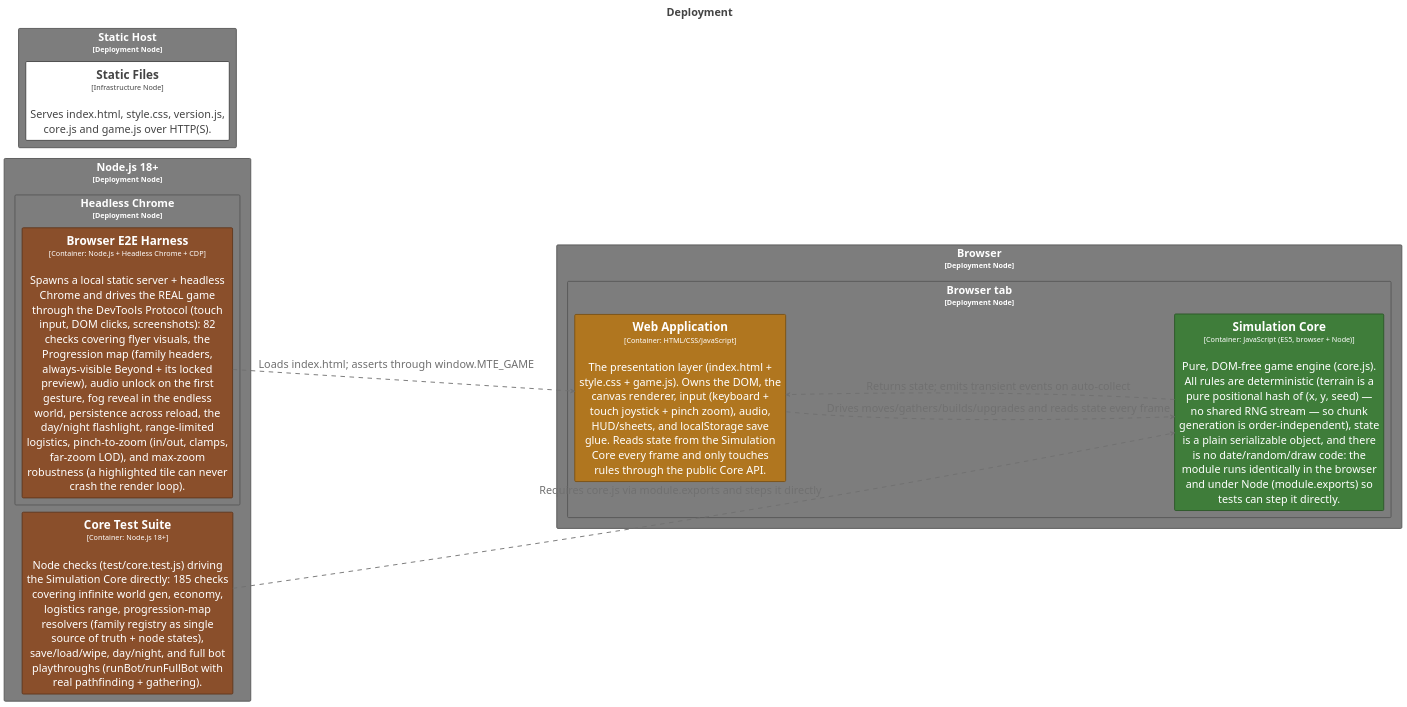
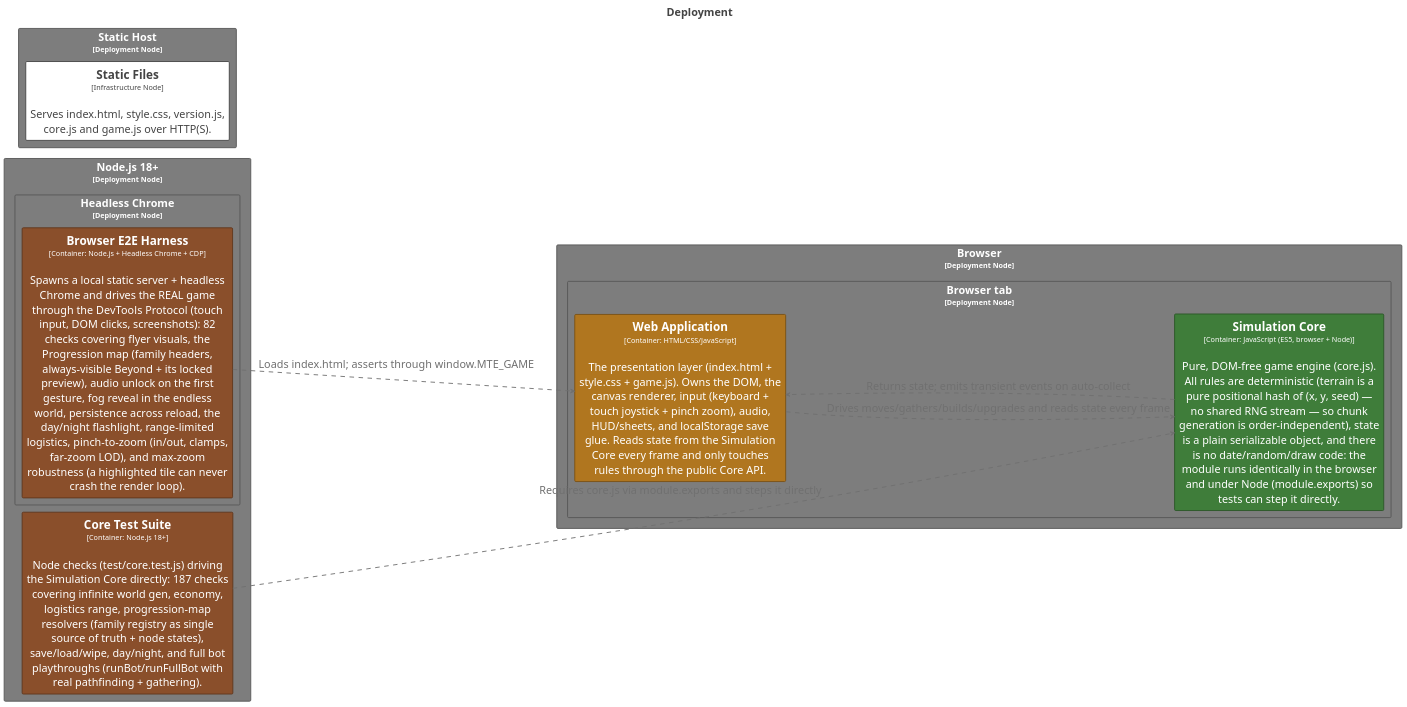
The diagram in structurizr/diagrams/Deployment.puml (bitkojine/more-than-enough), drawn with PlantUML before and after one commit. The commit also changed 7 other files, not shown here.

```diff
--- a/structurizr/diagrams/Deployment.puml
+++ b/structurizr/diagrams/Deployment.puml
@@ -2,110 +2,110 @@
 @startuml
 title <size:24>Deployment</size>
 
 set separator none
 left to right direction
 skinparam ranksep 20
 skinparam nodesep 5
 hide stereotype
 
 <style>
   root {
     BackgroundColor: #ffffff;
     FontColor: #444444;
   }
   // Element
   .Element-RWxlbWVudA== {
     BackgroundColor: #ffffff;
     LineColor: #444444;
     LineStyle: 0;
     LineThickness: 2;
     FontColor: #444444;
     FontSize: 24;
     HorizontalAlignment: center;
     Shadowing: 0;
     MaximumWidth: 450;
   }
   // Element,Container,Core Engine
   .Element-RWxlbWVudCxDb250YWluZXIsQ29yZSBFbmdpbmU= {
     BackgroundColor: #3f7d3a;
     LineColor: #2c5728;
     LineStyle: 0;
     LineThickness: 2;
     FontColor: #ffffff;
     FontSize: 24;
     HorizontalAlignment: center;
     Shadowing: 0;
     MaximumWidth: 450;
   }
   // Element,Container,Presentation
   .Element-RWxlbWVudCxDb250YWluZXIsUHJlc2VudGF0aW9u {
     BackgroundColor: #b0761f;
     LineColor: #7b5215;
     LineStyle: 0;
     LineThickness: 2;
     FontColor: #ffffff;
     FontSize: 24;
     HorizontalAlignment: center;
     Shadowing: 0;
     MaximumWidth: 450;
   }
   // Element,Container,Tooling,Test
   .Element-RWxlbWVudCxDb250YWluZXIsVG9vbGluZyxUZXN0 {
     BackgroundColor: #8a4f2b;
     LineColor: #60371e;
     LineStyle: 0;
     LineThickness: 2;
     FontColor: #ffffff;
     FontSize: 24;
     HorizontalAlignment: center;
     Shadowing: 0;
     MaximumWidth: 450;
   }
   // Relationship
   .Relationship-UmVsYXRpb25zaGlw {
     LineThickness: 2;
     LineStyle: 10-10;
     LineColor: #707070;
     FontColor: #707070;
     FontSize: 24;
     MaximumWidth: 200;
   }
   // Element,Deployment Node
   .DeploymentNode-RWxlbWVudCxEZXBsb3ltZW50IE5vZGU= {
     BackgroundColor: #7d7d7d;
     LineColor: #575757;
     LineStyle: 0;
     LineThickness: 2;
     FontColor: #ffffff;
     FontSize: 24;
     HorizontalAlignment: center;
     Shadowing: 0;
   }
 </style>
 
 rectangle "Browser\n<size:16>[Deployment Node]</size>" <<DeploymentNode-RWxlbWVudCxEZXBsb3ltZW50IE5vZGU=>> as LocalDevelopment.Browser {
   rectangle "Browser tab\n<size:16>[Deployment Node]</size>" <<DeploymentNode-RWxlbWVudCxEZXBsb3ltZW50IE5vZGU=>> as LocalDevelopment.Browser.Browsertab {
     rectangle "==Web Application\n<size:16>[Container: HTML/CSS/JavaScript]</size>\n\nThe presentation layer (index.html + style.css + game.js). Owns the DOM, the canvas renderer, input (keyboard + touch joystick + pinch zoom), audio, HUD/sheets, and localStorage save glue. Reads state from the Simulation Core every frame and only touches rules through the public Core API." <<Element-RWxlbWVudCxDb250YWluZXIsUHJlc2VudGF0aW9u>> as LocalDevelopment.Browser.Browsertab.WebApplication_1
     rectangle "==Simulation Core\n<size:16>[Container: JavaScript (ES5, browser + Node)]</size>\n\nPure, DOM-free game engine (core.js). All rules are deterministic (terrain is a pure positional hash of (x, y, seed) — no shared RNG stream — so chunk generation is order-independent), state is a plain serializable object, and there is no date/random/draw code: the module runs identically in the browser and under Node (module.exports) so tests can step it directly." <<Element-RWxlbWVudCxDb250YWluZXIsQ29yZSBFbmdpbmU=>> as LocalDevelopment.Browser.Browsertab.SimulationCore_1
   }
 
 }
 
 rectangle "Static Host\n<size:16>[Deployment Node]</size>" <<DeploymentNode-RWxlbWVudCxEZXBsb3ltZW50IE5vZGU=>> as LocalDevelopment.StaticHost {
   rectangle "==Static Files\n<size:16>[Infrastructure Node]</size>\n\nServes index.html, style.css, version.js, core.js and game.js over HTTP(S)." <<Element-RWxlbWVudA==>> as LocalDevelopment.StaticHost.StaticFiles
 }
 
 rectangle "Node.js 18+\n<size:16>[Deployment Node]</size>" <<DeploymentNode-RWxlbWVudCxEZXBsb3ltZW50IE5vZGU=>> as LocalDevelopment.Nodejs18 {
-  rectangle "==Core Test Suite\n<size:16>[Container: Node.js 18+]</size>\n\nNode checks (test/core.test.js) driving the Simulation Core directly: 185 checks covering infinite world gen, economy, logistics range, progression-map resolvers (family registry as single source of truth + node states), save/load/wipe, day/night, and full bot playthroughs (runBot/runFullBot with real pathfinding + gathering)." <<Element-RWxlbWVudCxDb250YWluZXIsVG9vbGluZyxUZXN0>> as LocalDevelopment.Nodejs18.CoreTestSuite_1
+  rectangle "==Core Test Suite\n<size:16>[Container: Node.js 18+]</size>\n\nNode checks (test/core.test.js) driving the Simulation Core directly: 187 checks covering infinite world gen, economy, logistics range, progression-map resolvers (family registry as single source of truth + node states), save/load/wipe, day/night, and full bot playthroughs (runBot/runFullBot with real pathfinding + gathering)." <<Element-RWxlbWVudCxDb250YWluZXIsVG9vbGluZyxUZXN0>> as LocalDevelopment.Nodejs18.CoreTestSuite_1
   rectangle "Headless Chrome\n<size:16>[Deployment Node]</size>" <<DeploymentNode-RWxlbWVudCxEZXBsb3ltZW50IE5vZGU=>> as LocalDevelopment.Nodejs18.HeadlessChrome {
     rectangle "==Browser E2E Harness\n<size:16>[Container: Node.js + Headless Chrome + CDP]</size>\n\nSpawns a local static server + headless Chrome and drives the REAL game through the DevTools Protocol (touch input, DOM clicks, screenshots): 82 checks covering flyer visuals, the Progression map (family headers, always-visible Beyond + its locked preview), audio unlock on the first gesture, fog reveal in the endless world, persistence across reload, the day/night flashlight, range-limited logistics, pinch-to-zoom (in/out, clamps, far-zoom LOD), and max-zoom robustness (a highlighted tile can never crash the render loop)." <<Element-RWxlbWVudCxDb250YWluZXIsVG9vbGluZyxUZXN0>> as LocalDevelopment.Nodejs18.HeadlessChrome.BrowserE2EHarness_1
   }
 
 }
 
 LocalDevelopment.Browser.Browsertab.SimulationCore_1 --> LocalDevelopment.Browser.Browsertab.WebApplication_1 <<Relationship-UmVsYXRpb25zaGlw>> : "Returns state; emits transient events on auto-collect"
 LocalDevelopment.Browser.Browsertab.WebApplication_1 --> LocalDevelopment.Browser.Browsertab.SimulationCore_1 <<Relationship-UmVsYXRpb25zaGlw>> : "Drives moves/gathers/builds/upgrades and reads state every frame"
 LocalDevelopment.Nodejs18.CoreTestSuite_1 --> LocalDevelopment.Browser.Browsertab.SimulationCore_1 <<Relationship-UmVsYXRpb25zaGlw>> : "Requires core.js via module.exports and steps it directly"
 LocalDevelopment.Nodejs18.HeadlessChrome.BrowserE2EHarness_1 --> LocalDevelopment.Browser.Browsertab.WebApplication_1 <<Relationship-UmVsYXRpb25zaGlw>> : "Loads index.html; asserts through window.MTE_GAME"
 
 @enduml
```
